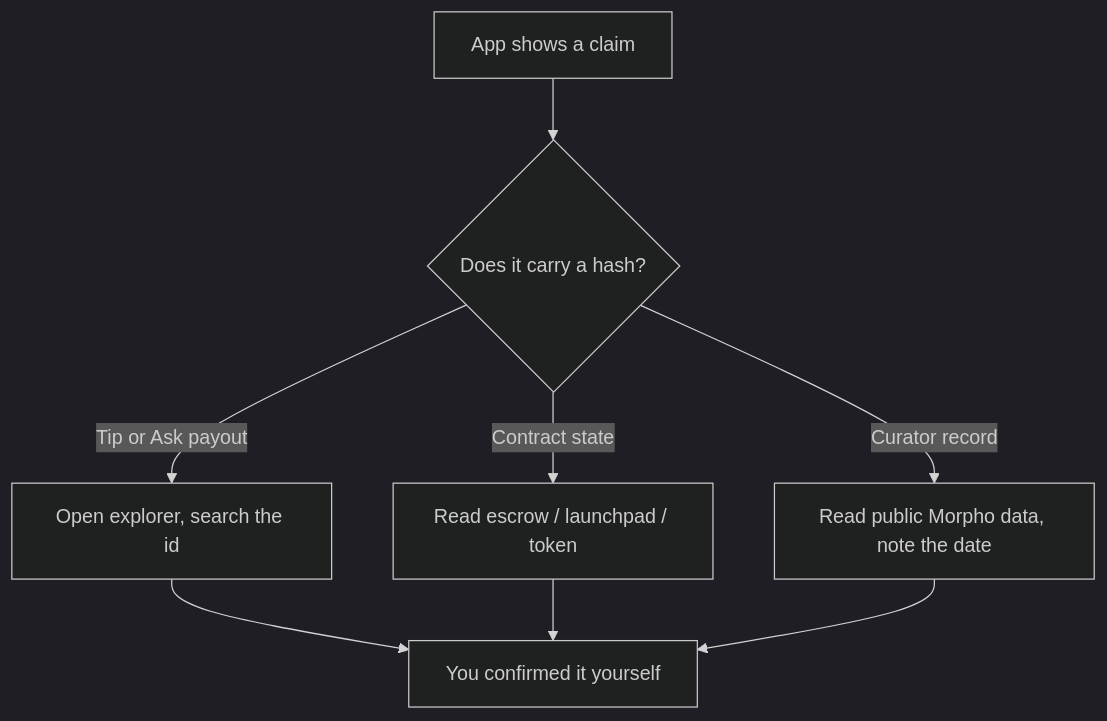
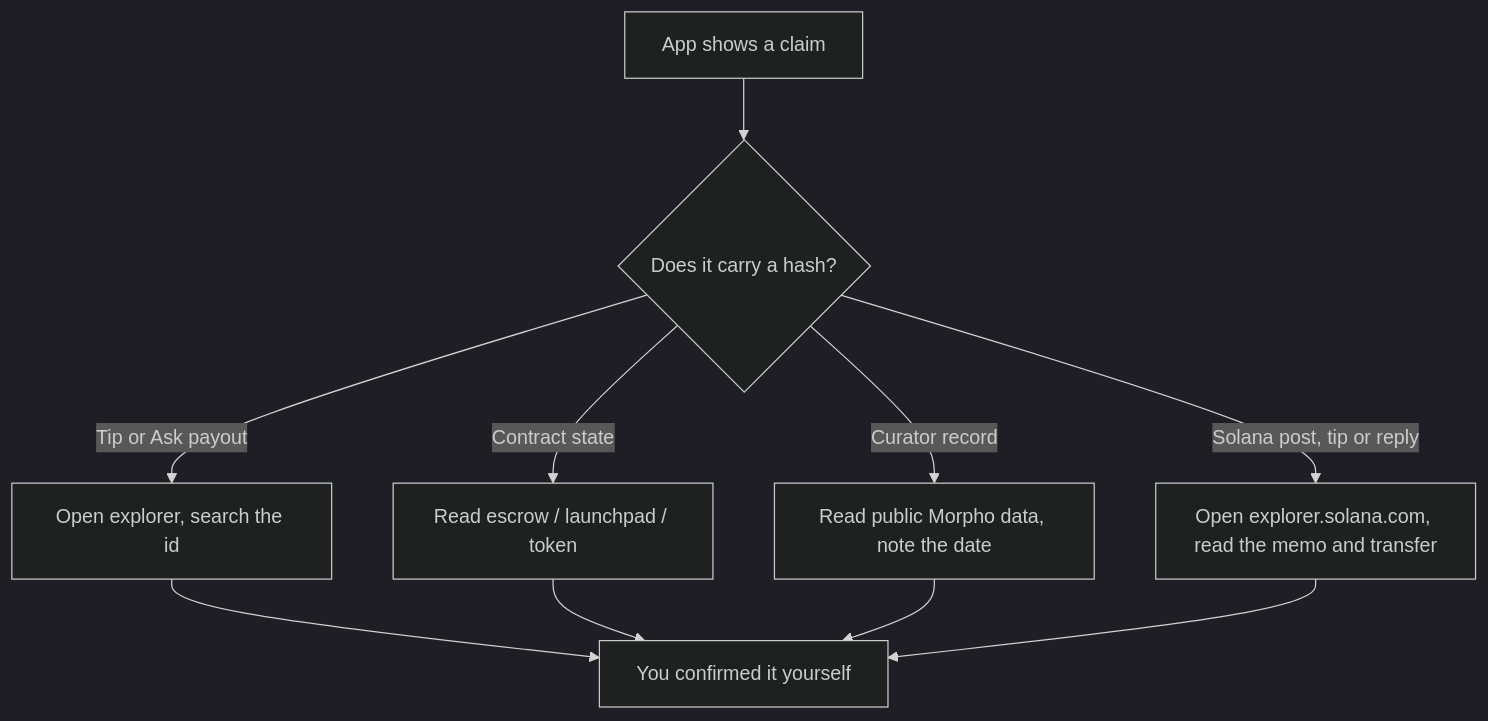
Before and after one commit to Story91/mysphere: the diagram in app/Docs/_content/verify.md, drawn with Mermaid (dark theme). The commit also changed other lines of this file and 38 other files, not shown here.

````diff
--- a/app/Docs/_content/verify.md
+++ b/app/Docs/_content/verify.md
@@ -30,10 +35,12 @@
 ```mermaid
 flowchart TD
     A["App shows a claim"] --> B{"Does it carry a hash?"}
     B -->|"Tip or Ask payout"| C["Open explorer, search the id"]
     B -->|"Contract state"| D["Read escrow / launchpad / token"]
     B -->|"Curator record"| E["Read public Morpho data, note the date"]
+    B -->|"Solana post, tip or reply"| G["Open explorer.solana.com, read the memo and transfer"]
     C --> F["You confirmed it yourself"]
     D --> F
     E --> F
+    G --> F
 ```
````
